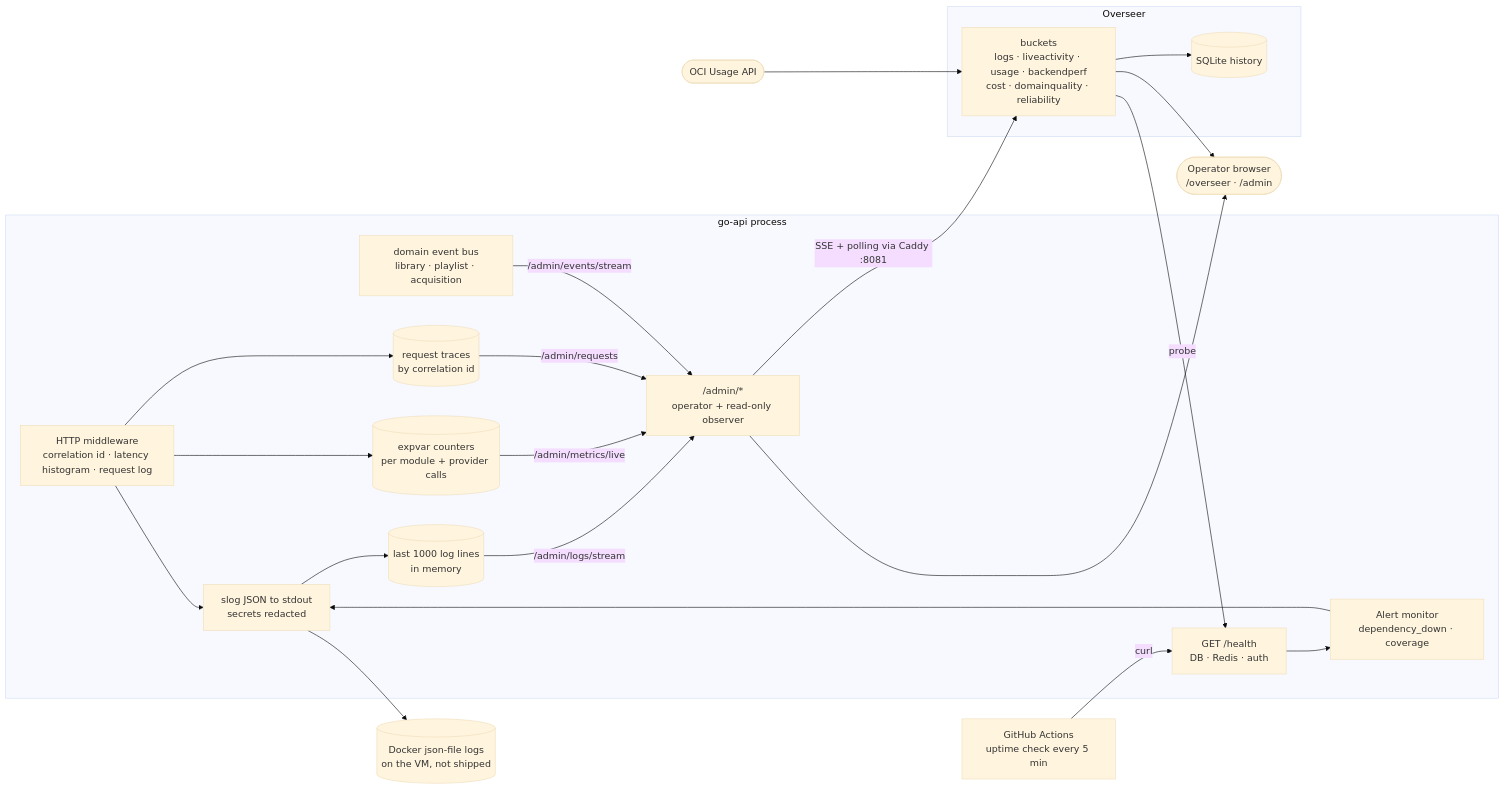
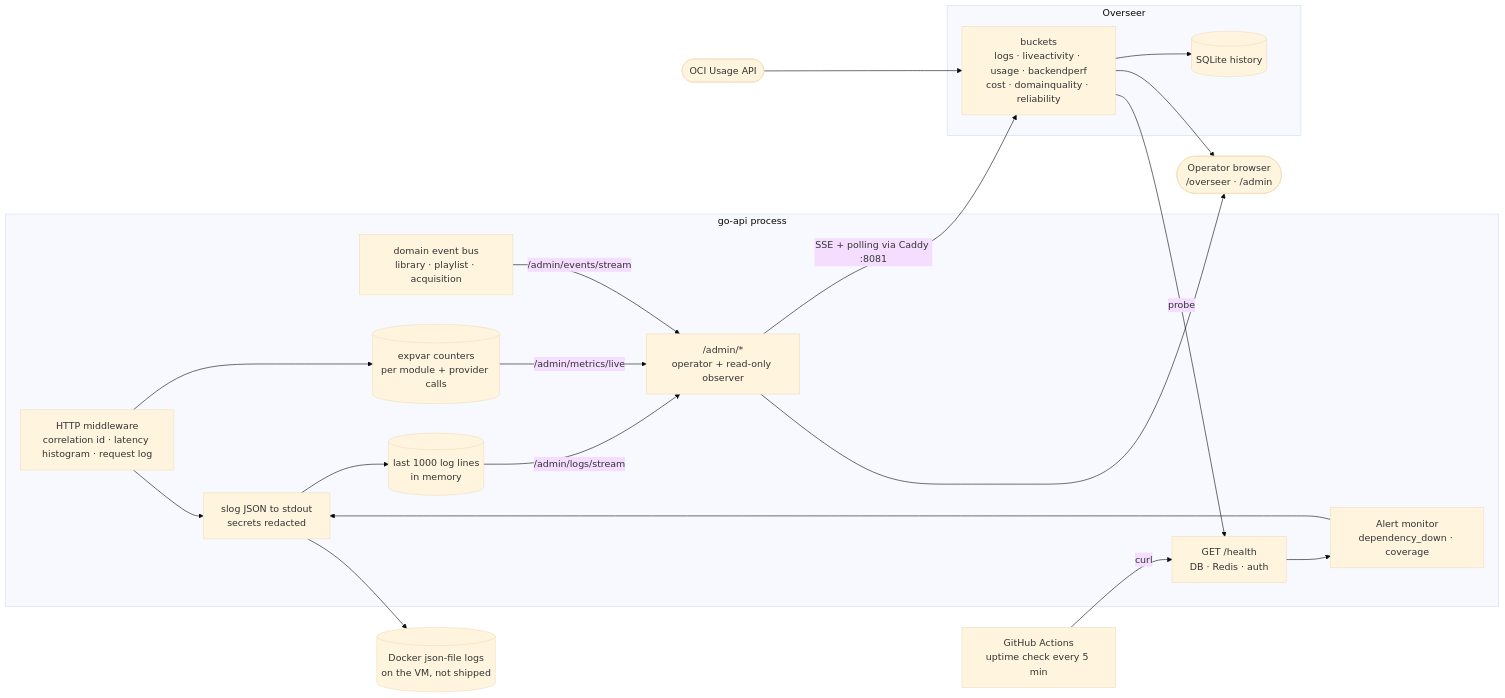
One commit to aleburrascano/altune changed the second of 2 diagrams in docs/diagrams/telemetry.md. Above: the diagram before and after it, drawn with Mermaid (base theme). The commit also changed 99 other files, not shown here.

````diff
--- a/docs/diagrams/telemetry.md
+++ b/docs/diagrams/telemetry.md
@@ -54,40 +54,38 @@
 ```mermaid
 flowchart LR
     subgraph goapi [go-api process]
         mw["HTTP middleware<br/>correlation id · latency histogram · request log"]
         slog["slog JSON to stdout<br/>secrets redacted"]
         ring[("last 1000 log lines<br/>in memory")]
         expvar[("expvar counters<br/>per module + provider calls")]
-        reqstore[("request traces<br/>by correlation id")]
         bus["domain event bus<br/>library · playlist · acquisition"]
         health["GET /health<br/>DB · Redis · auth"]
         alertmon["Alert monitor<br/>dependency_down · coverage"]
         admin["/admin/*<br/>operator + read-only observer"]
     end
 
     docker[("Docker json-file logs<br/>on the VM, not shipped")]
     uptime["GitHub Actions<br/>uptime check every 5 min"]
 
     subgraph overseer [Overseer]
         buckets["buckets<br/>logs · liveactivity · usage · backendperf<br/>cost · domainquality · reliability"]
         sqlite[("SQLite history")]
     end
     oci(["OCI Usage API"])
     operator(["Operator browser<br/>/overseer · /admin"])
 
     mw --> slog --> docker
     slog --> ring
-    mw --> expvar & reqstore
+    mw --> expvar
     ring -->|/admin/logs/stream| admin
     expvar -->|/admin/metrics/live| admin
-    reqstore -->|/admin/requests| admin
     bus -->|/admin/events/stream| admin
     health --> alertmon --> slog
     uptime -->|curl| health
     admin -->|SSE + polling via Caddy :8081| buckets
     buckets -->|probe| health
     oci --> buckets
     buckets --> sqlite
     buckets --> operator
     admin --> operator
 ```
````
